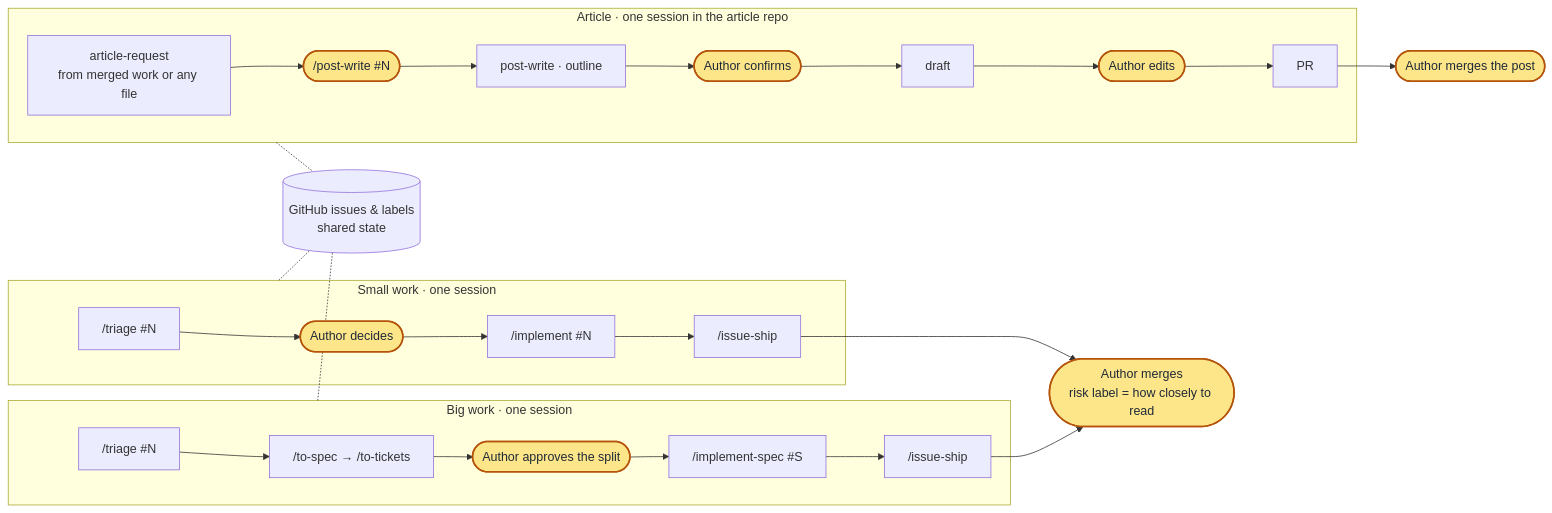
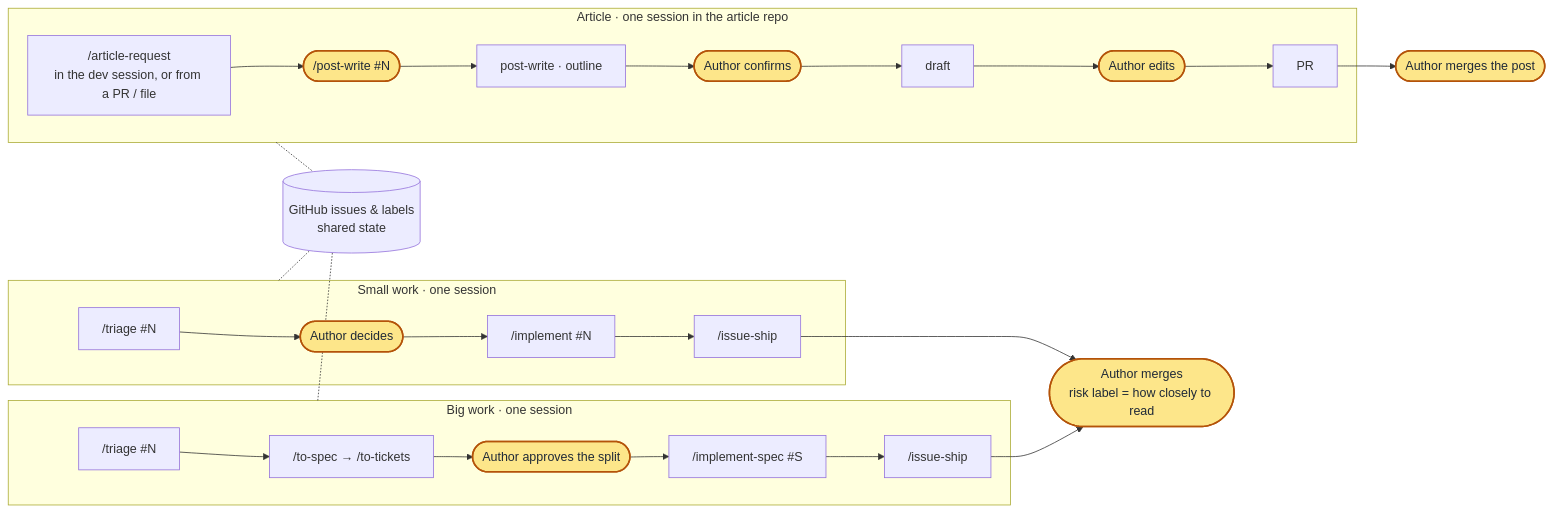
The second of 2 diagrams in README.md (sean2249/skills), drawn with Mermaid before and after one commit. The commit also changed other lines of this file and 13 other files, not shown here.

First line of the commit message:
Articles start with /article-request in the dev session; retire article labels

````diff
--- a/README.md
+++ b/README.md
@@ -178,21 +174,21 @@
 ```mermaid
 flowchart LR
   subgraph SMALL["Small work · one session"]
     S1["/triage #N"] --> S2(["Author decides"]):::author --> S3["/implement #N"] --> S4["/issue-ship"]
   end
   subgraph BIG["Big work · one session"]
     B1["/triage #N"] --> B2["/to-spec → /to-tickets"] --> B3(["Author approves the split"]):::author --> B4["/implement-spec #S"] --> B5["/issue-ship"]
   end
   subgraph POST["Article · one session in the article repo"]
-    P0["article-request<br/>from merged work or any file"] --> P1(["/post-write #N"]):::author --> P2["post-write · outline"] --> P3(["Author confirms"]):::author --> P4["draft"] --> P5(["Author edits"]):::author --> P6["PR"]
+    P0["/article-request<br/>in the dev session, or from a PR / file"] --> P1(["/post-write #N"]):::author --> P2["post-write · outline"] --> P3(["Author confirms"]):::author --> P4["draft"] --> P5(["Author edits"]):::author --> P6["PR"]
   end
   BOARD[("GitHub issues & labels<br/>shared state")]
   S4 --> M(["Author merges<br/>risk label = how closely to read"]):::author
   B5 --> M
   P6 --> MP(["Author merges the post"]):::author
   SMALL -.- BOARD
   BIG -.- BOARD
   POST -.- BOARD
 
   classDef author fill:#fde68a,stroke:#b45309,color:#1f2937,stroke-width:2px
 ```
````
